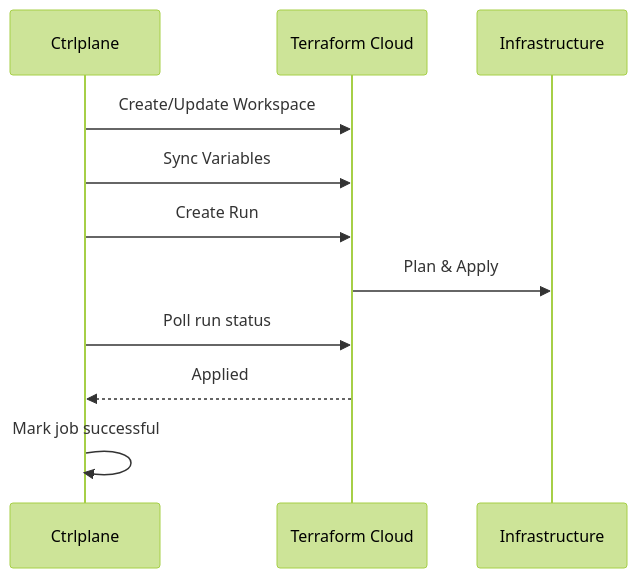
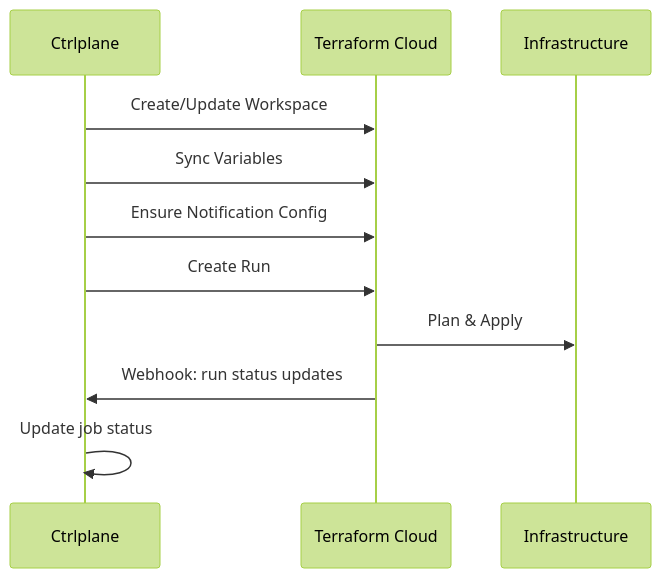
The diagram in docs/integrations/job-agents/terraform-cloud.mdx (ctrlplanedev/ctrlplane), drawn with Mermaid (forest theme) before and after one commit. The commit also changed other lines of this file and 12 other files, not shown here.

First line of the commit message:
feat(tfe-job-agent): webhook-based TFC job agent

````diff
--- a/docs/integrations/job-agents/terraform-cloud.mdx
+++ b/docs/integrations/job-agents/terraform-cloud.mdx
@@ -11,14 +11,14 @@
 ```mermaid
 sequenceDiagram
     participant C as Ctrlplane
     participant T as Terraform Cloud
     participant I as Infrastructure
 
     C->>T: Create/Update Workspace
     C->>T: Sync Variables
+    C->>T: Ensure Notification Config
     C->>T: Create Run
     T->>I: Plan & Apply
-    C->>T: Poll run status
-    T-->>C: Applied
-    C->>C: Mark job successful
+    T->>C: Webhook: run status updates
+    C->>C: Update job status
 ```
````
